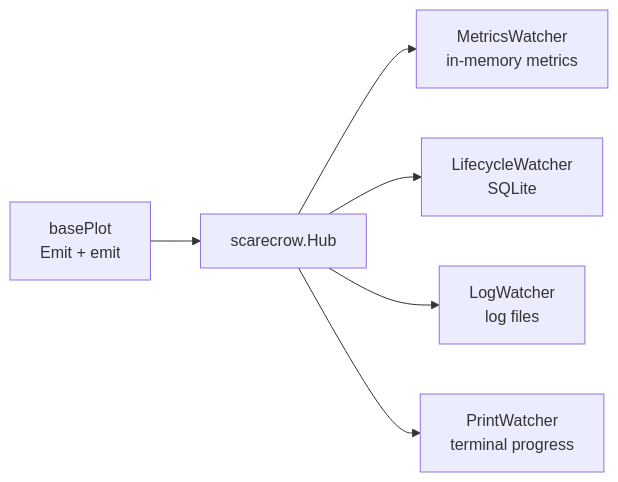
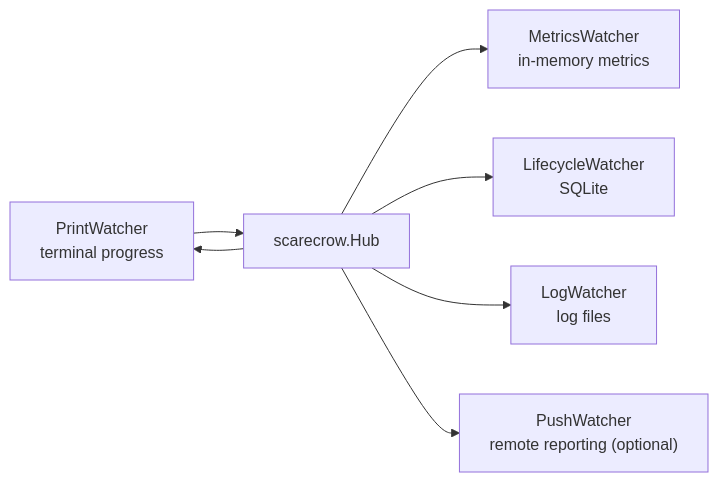
The fourth of 4 diagrams in docs/en/pkg/runtime/event.md (Mr-xiaotian/CelestialGrow), drawn with Mermaid before and after one commit. The commit also changed other lines of this file and 99 other files, not shown here.

````diff
--- a/docs/en/pkg/runtime/event.md
+++ b/docs/en/pkg/runtime/event.md
@@ -174,8 +174,9 @@
 ```mermaid
 flowchart LR
     P["basePlot<br/>Emit + emit"] --> H["scarecrow.Hub"]
     H --> M["MetricsWatcher<br/>in-memory metrics"]
     H --> L["LifecycleWatcher<br/>SQLite"]
     H --> G["LogWatcher<br/>log files"]
-    H --> R["PrintWatcher<br/>terminal progress"]
+    H --> P["PrintWatcher<br/>terminal progress"]
+    H --> W["PushWatcher<br/>remote reporting (optional)"]
 ```
````
